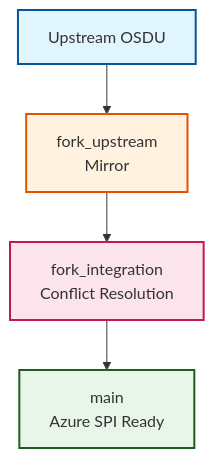
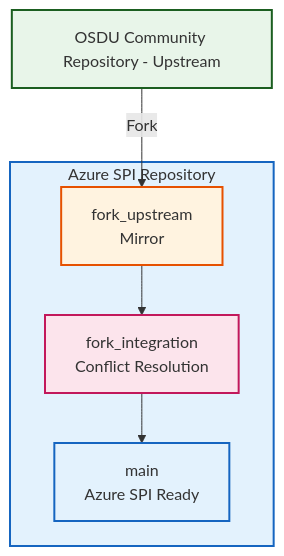
One commit to danielscholl-osdu/osdu-fork-template changed the second of 2 diagrams in docs/src/concepts.md. Above: the diagram before and after it, drawn with Mermaid. The commit also changed other lines of this file and 6 other files, not shown here.

````diff
--- a/docs/src/concepts.md
+++ b/docs/src/concepts.md
@@ -64,11 +89,17 @@
 ```mermaid
 graph TD
-    A[Upstream OSDU] --> B[fork_upstream<br/>Mirror]
-    B --> C[fork_integration<br/>Conflict Resolution]
-    C --> D[main<br/>Azure SPI Ready]
+    A[OSDU Community Repository - Upstream]
+    A -->|Fork| B
     
-    style A fill:#e1f5fe,stroke:#01579b,stroke-width:2px
+    subgraph Azure["Azure SPI Repository"]
+        B[fork_upstream<br/>Mirror]
+        B --> C[fork_integration<br/>Conflict Resolution]
+        C --> D[main<br/>Azure SPI Ready]
+    end
+    
+    style A fill:#e8f5e9,stroke:#1b5e20,stroke-width:2px
+    style Azure fill:#e3f2fd,stroke:#1565c0,stroke-width:2px
     style B fill:#fff3e0,stroke:#e65100,stroke-width:2px
     style C fill:#fce4ec,stroke:#c2185b,stroke-width:2px
-    style D fill:#e8f5e9,stroke:#1b5e20,stroke-width:2px
+    style D fill:#e3f2fd,stroke:#1565c0,stroke-width:2px
 ```
````
